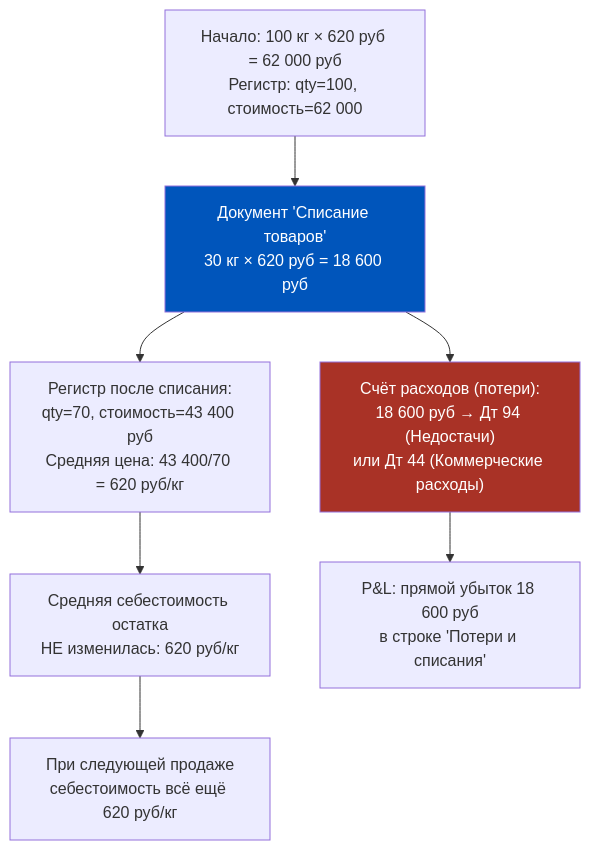
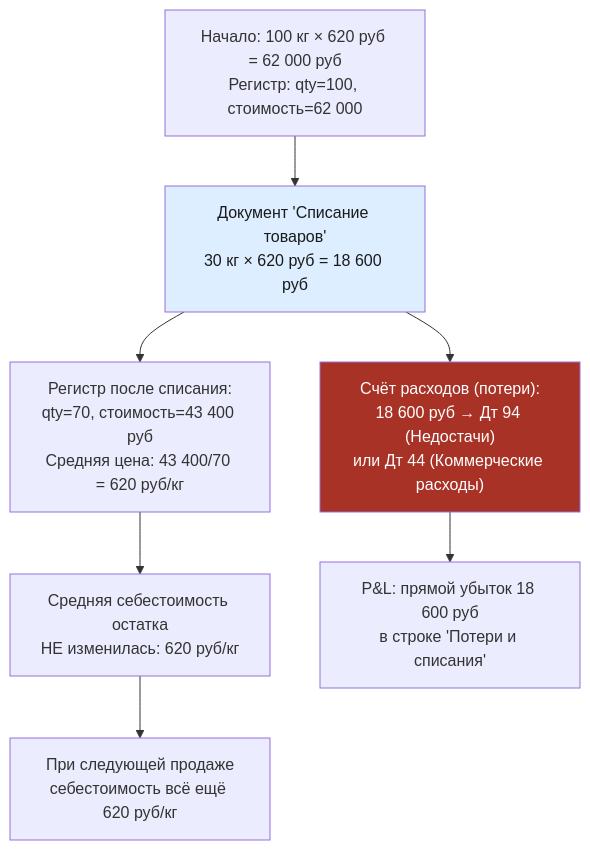
Before and after one commit to murad1986/1c-erp-quartz: the fourth of 7 diagrams in content/1c-erp/week_8/Неделя 8 - День 1 - Себестоимость.md, drawn with Mermaid. The commit also changed other lines of this file and 57 other files, not shown here.

First line of the commit message:
fix: Mermaid — пастельные цвета в источниках диаграмм (56 файлов)

````diff
--- a/content/1c-erp/week_8/Неделя 8 - День 1 - Себестоимость.md
+++ b/content/1c-erp/week_8/Неделя 8 - День 1 - Себестоимость.md
@@ -183,12 +183,12 @@
 ```mermaid
 flowchart TD
     A["Начало: 100 кг × 620 руб = 62 000 руб<br/>Регистр: qty=100, стоимость=62 000"] --> B["Документ 'Списание товаров'<br/>30 кг × 620 руб = 18 600 руб"]
     B --> C["Регистр после списания:<br/>qty=70, стоимость=43 400 руб<br/>Средняя цена: 43 400/70 = 620 руб/кг"]
     B --> D["Счёт расходов (потери):<br/>18 600 руб → Дт 94 (Недостачи)<br/>или Дт 44 (Коммерческие расходы)"]
     C --> E["Средняя себестоимость остатка<br/>НЕ изменилась: 620 руб/кг"]
     D --> F["P&L: прямой убыток 18 600 руб<br/>в строке 'Потери и списания'"]
     E --> G["При следующей продаже<br/>себестоимость всё ещё 620 руб/кг"]
 
-    style B fill:#0055BB,color:#fff
+    style B fill:#dceeff,color:#1a1a1a
     style D fill:#A93226,color:#fff
 ```
````
